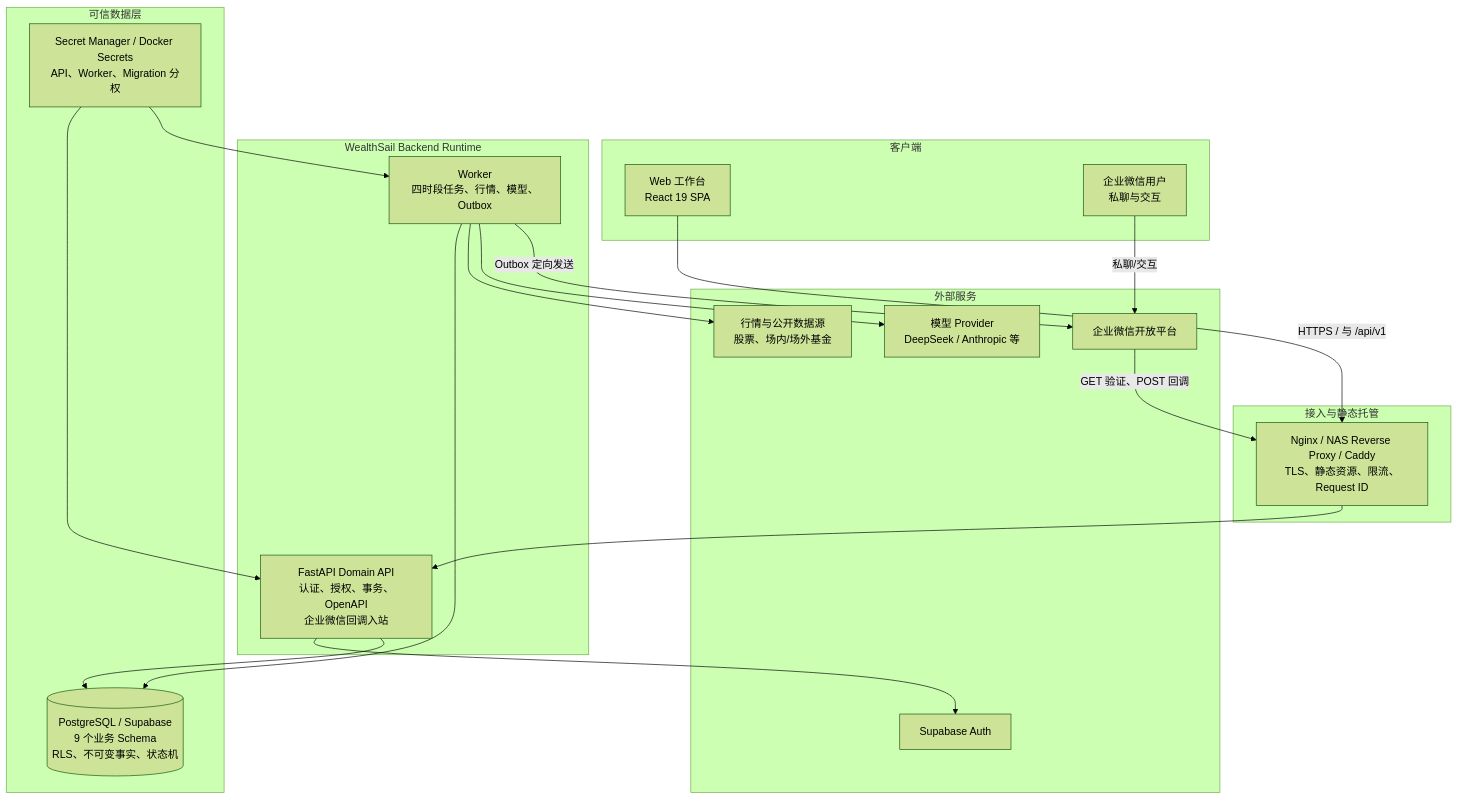
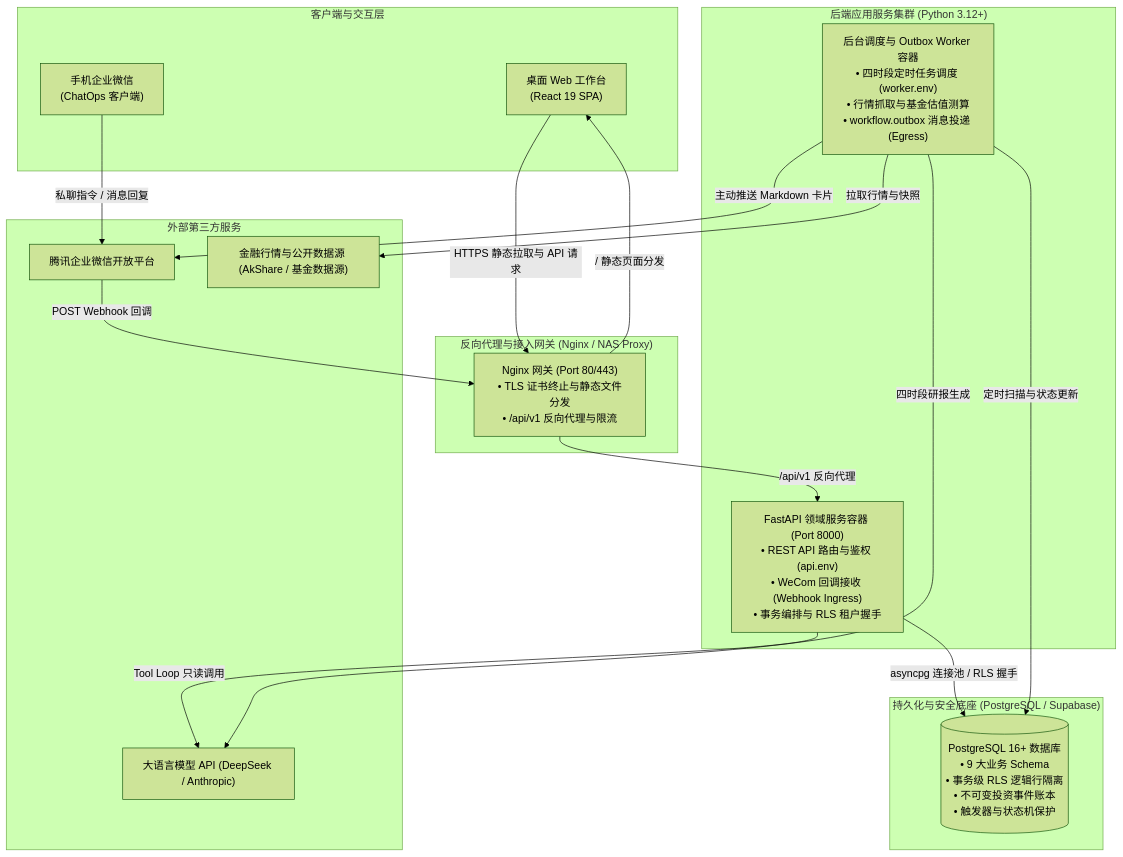
One commit to sinojelly/wealthsail changed the first of 6 diagrams in docs/10.WealthSail-MVP前后端实现与系统部署规范.md. Above: the diagram before and after it, drawn with Mermaid (forest theme). The commit also changed other lines of this file, not shown here.

````diff
--- a/docs/10.WealthSail-MVP前后端实现与系统部署规范.md
+++ b/docs/10.WealthSail-MVP前后端实现与系统部署规范.md
@@ -104,41 +19,40 @@
 ```mermaid
 flowchart TD
-    subgraph Clients["客户端"]
-        Browser["Web 工作台<br/>React 19 SPA"]
-        WeComUser["企业微信用户<br/>私聊与交互"]
+    subgraph ClientLayer["客户端与交互层"]
+        Browser["桌面 Web 工作台<br/>(React 19 SPA)"]
+        WeComApp["手机企业微信<br/>(ChatOps 客户端)"]
     end
 
-    subgraph Edge["接入与静态托管"]
-        Gateway["Nginx / NAS Reverse Proxy / Caddy<br/>TLS、静态资源、限流、Request ID"]
+    subgraph IngressLayer["反向代理与接入网关 (Nginx / NAS Proxy)"]
+        Nginx["Nginx 网关 (Port 80/443)<br/>• TLS 证书终止与静态文件分发<br/>• /api/v1 反向代理与限流"]
     end
 
-    subgraph Runtime["WealthSail Backend Runtime"]
-        API["FastAPI Domain API<br/>认证、授权、事务、OpenAPI<br/>企业微信回调入站"]
-        Worker["Worker<br/>四时段任务、行情、模型、Outbox"]
+    subgraph ServiceLayer["后端应用服务集群 (Python 3.12+)"]
+        API["FastAPI 领域服务容器 (Port 8000)<br/>• REST API 路由与鉴权 (api.env)<br/>• WeCom 回调接收 (Webhook Ingress)<br/>• 事务编排与 RLS 租户握手"]
+        Worker["后台调度与 Outbox Worker 容器<br/>• 四时段定时任务调度 (worker.env)<br/>• 行情抓取与基金估值测算<br/>• workflow.outbox 消息投递 (Egress)"]
     end
 
-    subgraph Data["可信数据层"]
-        DB[("PostgreSQL / Supabase<br/>9 个业务 Schema<br/>RLS、不可变事实、状态机")]
-        Secrets["Secret Manager / Docker Secrets<br/>API、Worker、Migration 分权"]
+    subgraph DataLayer["持久化与安全底座 (PostgreSQL / Supabase)"]
+        SupaDB[("PostgreSQL 16+ 数据库<br/>• 9 大业务 Schema<br/>• 事务级 RLS 逻辑行隔离<br/>• 不可变投资事件账本<br/>• 触发器与状态机保护")]
     end
 
-    subgraph External["外部服务"]
-        SupaAuth["Supabase Auth"]
-        WeCom["企业微信开放平台"]
-        Market["行情与公开数据源<br/>股票、场内/场外基金"]
-        Model["模型 Provider<br/>DeepSeek / Anthropic 等"]
+    subgraph ExternalCloud["外部第三方服务"]
+        WeComServer["腾讯企业微信开放平台"]
+        LLMProvider["大语言模型 API (DeepSeek / Anthropic)"]
+        MarketSource["金融行情与公开数据源 (AkShare / 基金数据源)"]
     end
 
-    Browser -->|HTTPS / 与 /api/v1| Gateway
-    WeComUser -->|私聊/交互| WeCom
-    WeCom -->|GET 验证、POST 回调| Gateway
-    Gateway --> API
-    API --> SupaAuth
-    API --> DB
-    Worker --> DB
-    Worker --> Market
-    Worker --> Model
-    Worker -->|Outbox 定向发送| WeCom
-    Secrets --> API
-    Secrets --> Worker
+    Browser -->|HTTPS 静态拉取与 API 请求| Nginx
+    WeComApp -->|私聊指令 / 消息回复| WeComServer
+    WeComServer -->|POST Webhook 回调| Nginx
+
+    Nginx -->|/ 静态页面分发| Browser
+    Nginx -->|/api/v1 反向代理| API
+
+    API -->|asyncpg 连接池 / RLS 握手| SupaDB
+    Worker -->|定时扫描与状态更新| SupaDB
+    Worker -->|主动推送 Markdown 卡片| WeComServer
+    Worker -->|拉取行情与快照| MarketSource
+    API -->|Tool Loop 只读调用| LLMProvider
+    Worker -->|四时段研报生成| LLMProvider
 ```
````
